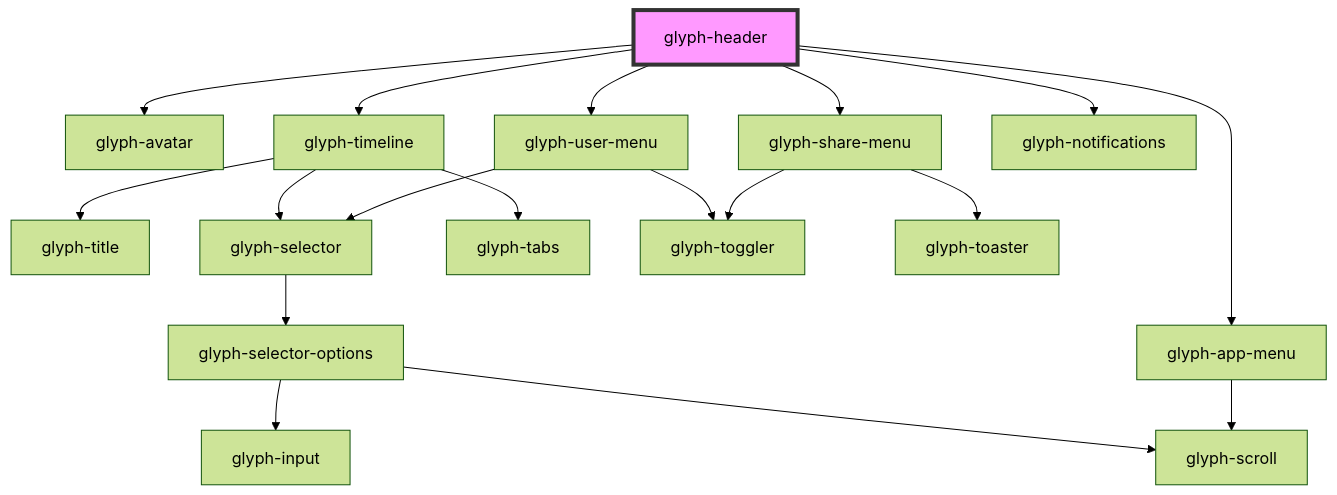
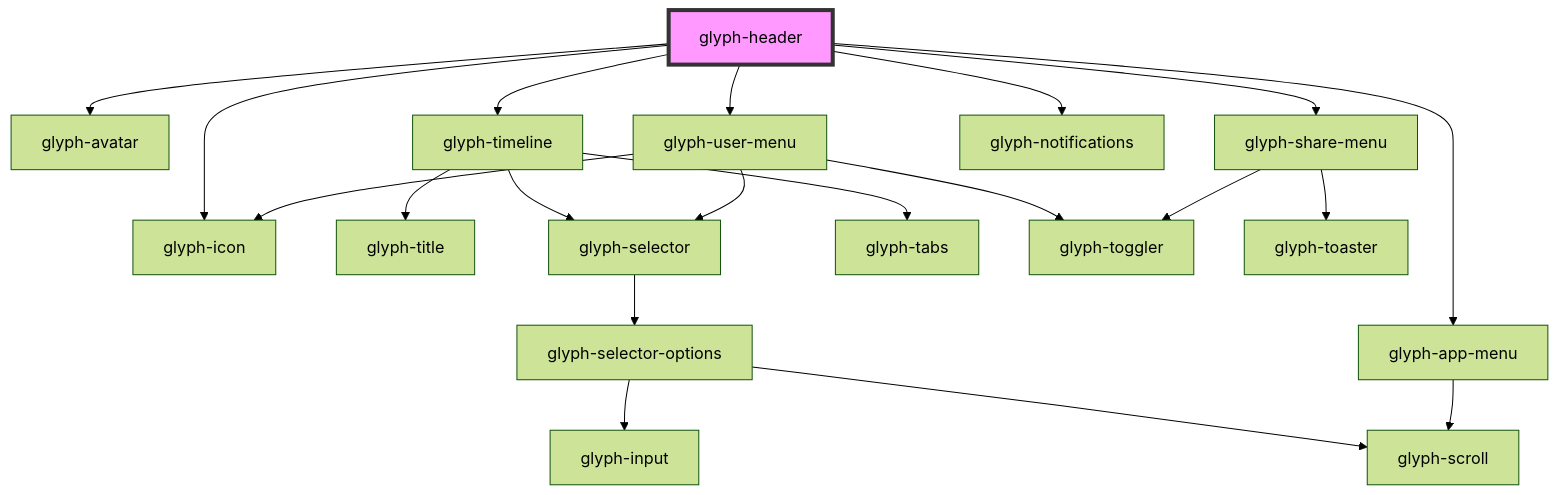
The diagram in packages/glyph-components/src/components/layouts/header/readme.md (adrianiy/synth-ui), drawn with Mermaid (forest theme) before and after one commit. The commit also changed other lines of this file and 28 other files, not shown here.

````diff
--- a/packages/glyph-components/src/components/layouts/header/readme.md
+++ b/packages/glyph-components/src/components/layouts/header/readme.md
@@ -55,21 +56,23 @@
 ```mermaid
 graph TD;
+  glyph-header --> glyph-icon
   glyph-header --> glyph-avatar
   glyph-header --> glyph-timeline
   glyph-header --> glyph-user-menu
   glyph-header --> glyph-app-menu
   glyph-header --> glyph-share-menu
   glyph-header --> glyph-notifications
   glyph-timeline --> glyph-title
   glyph-timeline --> glyph-selector
   glyph-timeline --> glyph-tabs
   glyph-selector --> glyph-selector-options
   glyph-selector-options --> glyph-input
   glyph-selector-options --> glyph-scroll
   glyph-user-menu --> glyph-selector
   glyph-user-menu --> glyph-toggler
+  glyph-user-menu --> glyph-icon
   glyph-app-menu --> glyph-scroll
   glyph-share-menu --> glyph-toggler
   glyph-share-menu --> glyph-toaster
   style glyph-header fill:#f9f,stroke:#333,stroke-width:4px
 ```
````
